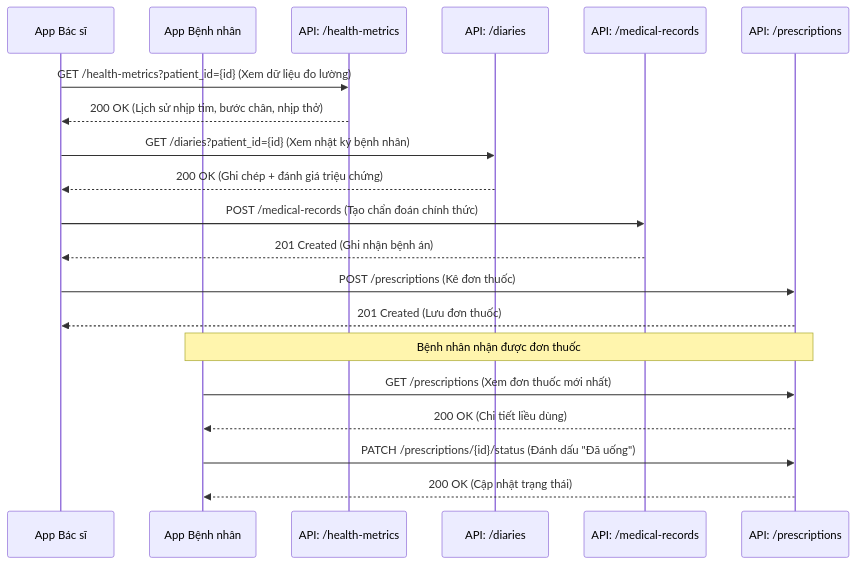
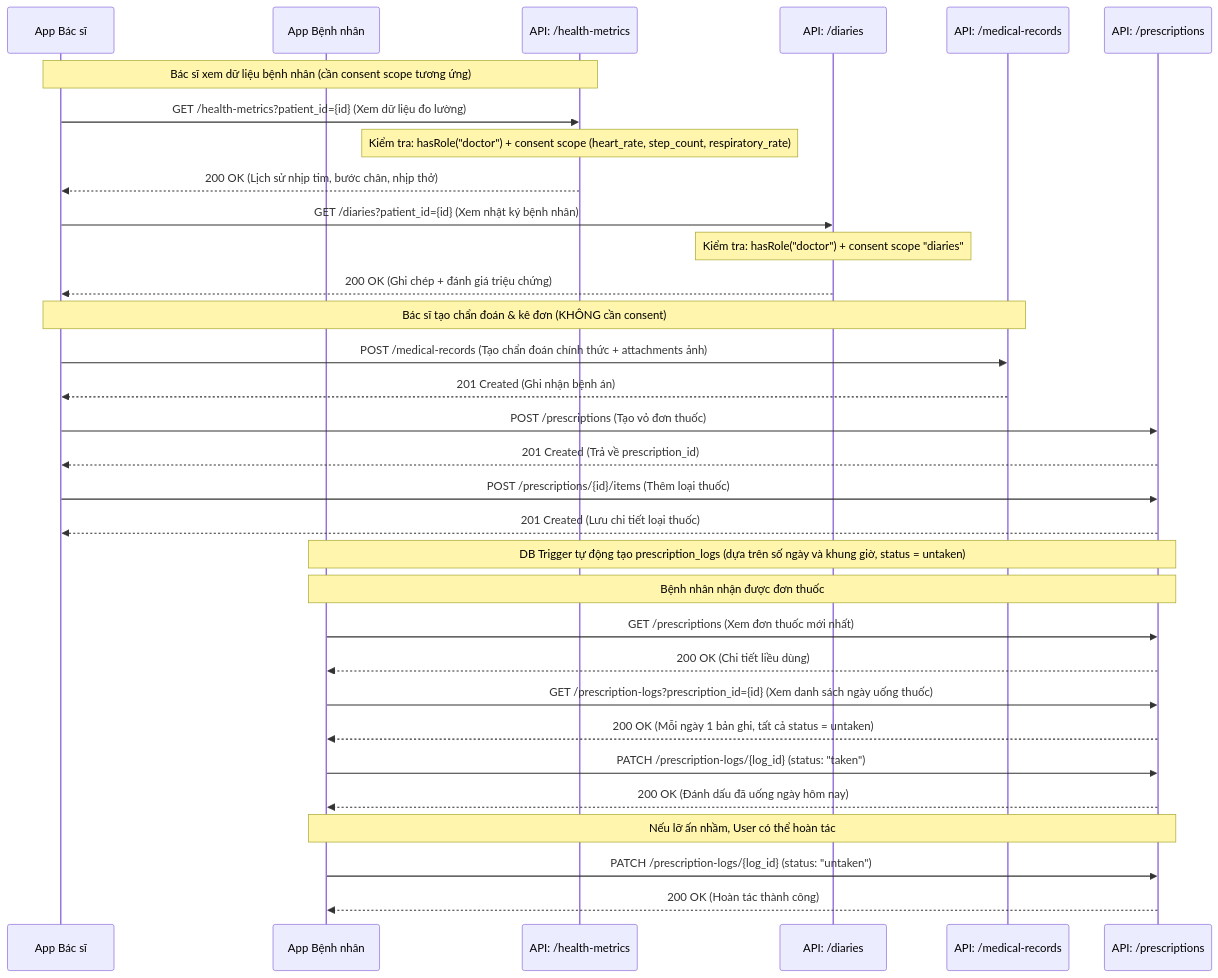
One commit to ImSoul0511/Medical_Diary changed the third of 5 diagrams in backend/docs/API_FLOW.md. Above: the diagram before and after it, drawn with Mermaid. The commit also changed other lines of this file and 4 other files, not shown here.

First line of the commit message:
docs(architecture): hoàn thiện kiến trúc Medication Reminders

````diff
--- a/backend/docs/API_FLOW.md
+++ b/backend/docs/API_FLOW.md
@@ -72,29 +77,47 @@
 ```mermaid
 sequenceDiagram
     participant DocFE as App Bác sĩ
     participant PatFE as App Bệnh nhân
     participant Vitals as API: /health-metrics
     participant Diary as API: /diaries
     participant Med as API: /medical-records
     participant Rx as API: /prescriptions
 
+    Note over DocFE,Vitals: Bác sĩ xem dữ liệu bệnh nhân (cần consent scope tương ứng)
+
     DocFE->>Vitals: GET /health-metrics?patient_id={id} (Xem dữ liệu đo lường)
+    Note over Vitals: Kiểm tra: hasRole("doctor") + consent scope (heart_rate, step_count, respiratory_rate)
     Vitals-->>DocFE: 200 OK (Lịch sử nhịp tim, bước chân, nhịp thở)
 
     DocFE->>Diary: GET /diaries?patient_id={id} (Xem nhật ký bệnh nhân)
+    Note over Diary: Kiểm tra: hasRole("doctor") + consent scope "diaries"
     Diary-->>DocFE: 200 OK (Ghi chép + đánh giá triệu chứng)
+
+    Note over DocFE,Med: Bác sĩ tạo chẩn đoán & kê đơn (KHÔNG cần consent)
     
-    DocFE->>Med: POST /medical-records (Tạo chẩn đoán chính thức)
+    DocFE->>Med: POST /medical-records (Tạo chẩn đoán chính thức + attachments ảnh)
     Med-->>DocFE: 201 Created (Ghi nhận bệnh án)
     
-    DocFE->>Rx: POST /prescriptions (Kê đơn thuốc)
-    Rx-->>DocFE: 201 Created (Lưu đơn thuốc)
+    DocFE->>Rx: POST /prescriptions (Tạo vỏ đơn thuốc)
+    Rx-->>DocFE: 201 Created (Trả về prescription_id)
     
+    DocFE->>Rx: POST /prescriptions/{id}/items (Thêm loại thuốc)
+    Rx-->>DocFE: 201 Created (Lưu chi tiết loại thuốc)
+    
+    Note over Rx,PatFE: DB Trigger tự động tạo prescription_logs (dựa trên số ngày và khung giờ, status = untaken)
     Note over Rx,PatFE: Bệnh nhân nhận được đơn thuốc
     
     PatFE->>Rx: GET /prescriptions (Xem đơn thuốc mới nhất)
     Rx-->>PatFE: 200 OK (Chi tiết liều dùng)
+
+    PatFE->>Rx: GET /prescription-logs?prescription_id={id} (Xem danh sách ngày uống thuốc)
+    Rx-->>PatFE: 200 OK (Mỗi ngày 1 bản ghi, tất cả status = untaken)
     
-    PatFE->>Rx: PATCH /prescriptions/{id}/status (Đánh dấu "Đã uống")
-    Rx-->>PatFE: 200 OK (Cập nhật trạng thái)
+    PatFE->>Rx: PATCH /prescription-logs/{log_id} (status: "taken")
+    Rx-->>PatFE: 200 OK (Đánh dấu đã uống ngày hôm nay)
+
+    Note over PatFE,Rx: Nếu lỡ ấn nhầm, User có thể hoàn tác
+    
+    PatFE->>Rx: PATCH /prescription-logs/{log_id} (status: "untaken")
+    Rx-->>PatFE: 200 OK (Hoàn tác thành công)
 ```
````
